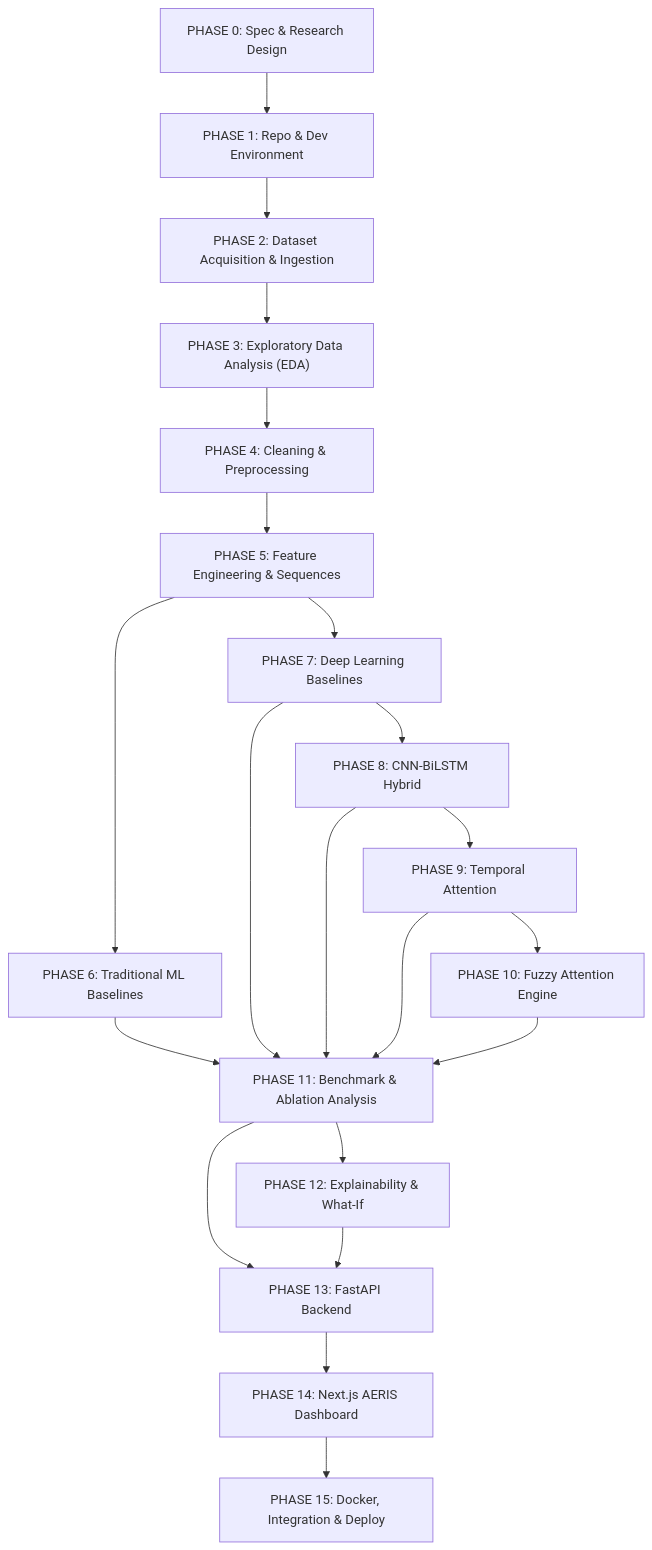
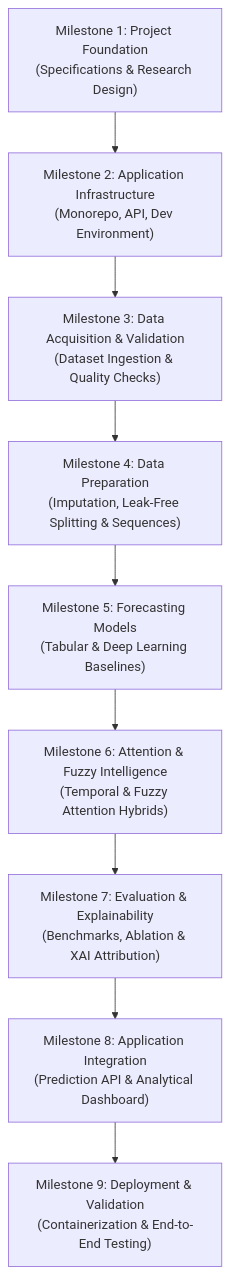
One commit to Shivansh-003/AERIS changed the diagram in DEVELOPMENT_PLAN.md. Above: the diagram before and after it, drawn with Mermaid. The commit also changed other lines of this file and 12 other files, not shown here.

Commit message:
docs: refine documentation, establish 9-milestone roadmap and prepare for GitHub release

````diff
--- a/DEVELOPMENT_PLAN.md
+++ b/DEVELOPMENT_PLAN.md
@@ -12,18 +10,11 @@
 ```mermaid
 flowchart TD
-    P0["PHASE 0: Spec & Research Design"] --> P1["PHASE 1: Repo & Dev Environment"]
-    P1 --> P2["PHASE 2: Dataset Acquisition & Ingestion"]
-    P2 --> P3["PHASE 3: Exploratory Data Analysis (EDA)"]
-    P3 --> P4["PHASE 4: Cleaning & Preprocessing"]
-    P4 --> P5["PHASE 5: Feature Engineering & Sequences"]
-    P5 --> P6["PHASE 6: Traditional ML Baselines"]
-    P5 --> P7["PHASE 7: Deep Learning Baselines"]
-    P7 --> P8["PHASE 8: CNN-BiLSTM Hybrid"]
-    P8 --> P9["PHASE 9: Temporal Attention"]
-    P9 --> P10["PHASE 10: Fuzzy Attention Engine"]
-    P6 & P7 & P8 & P9 & P10 --> P11["PHASE 11: Benchmark & Ablation Analysis"]
-    P11 --> P12["PHASE 12: Explainability & What-If"]
-    P11 & P12 --> P13["PHASE 13: FastAPI Backend"]
-    P13 --> P14["PHASE 14: Next.js AERIS Dashboard"]
-    P14 --> P15["PHASE 15: Docker, Integration & Deploy"]
+    M1["Milestone 1: Project Foundation\n(Specifications & Research Design)"] --> M2["Milestone 2: Application Infrastructure\n(Monorepo, API, Dev Environment)"]
+    M2 --> M3["Milestone 3: Data Acquisition & Validation\n(Dataset Ingestion & Quality Checks)"]
+    M3 --> M4["Milestone 4: Data Preparation\n(Imputation, Leak-Free Splitting & Sequences)"]
+    M4 --> M5["Milestone 5: Forecasting Models\n(Tabular & Deep Learning Baselines)"]
+    M5 --> M6["Milestone 6: Attention & Fuzzy Intelligence\n(Temporal & Fuzzy Attention Hybrids)"]
+    M6 --> M7["Milestone 7: Evaluation & Explainability\n(Benchmarks, Ablation & XAI Attribution)"]
+    M7 --> M8["Milestone 8: Application Integration\n(Prediction API & Analytical Dashboard)"]
+    M8 --> M9["Milestone 9: Deployment & Validation\n(Containerization & End-to-End Testing)"]
 ```
````
